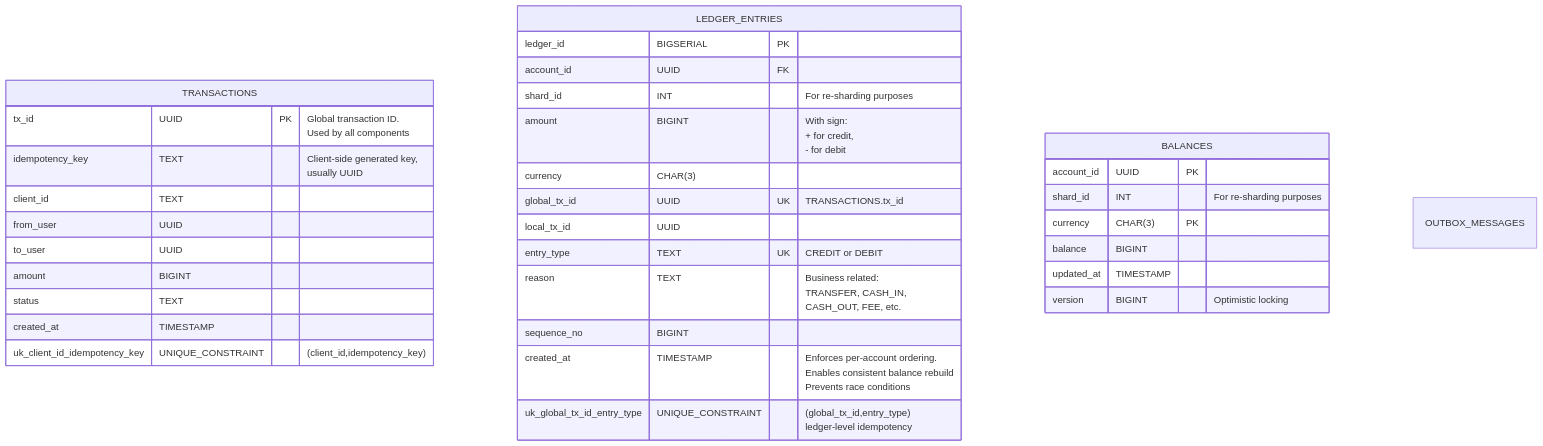
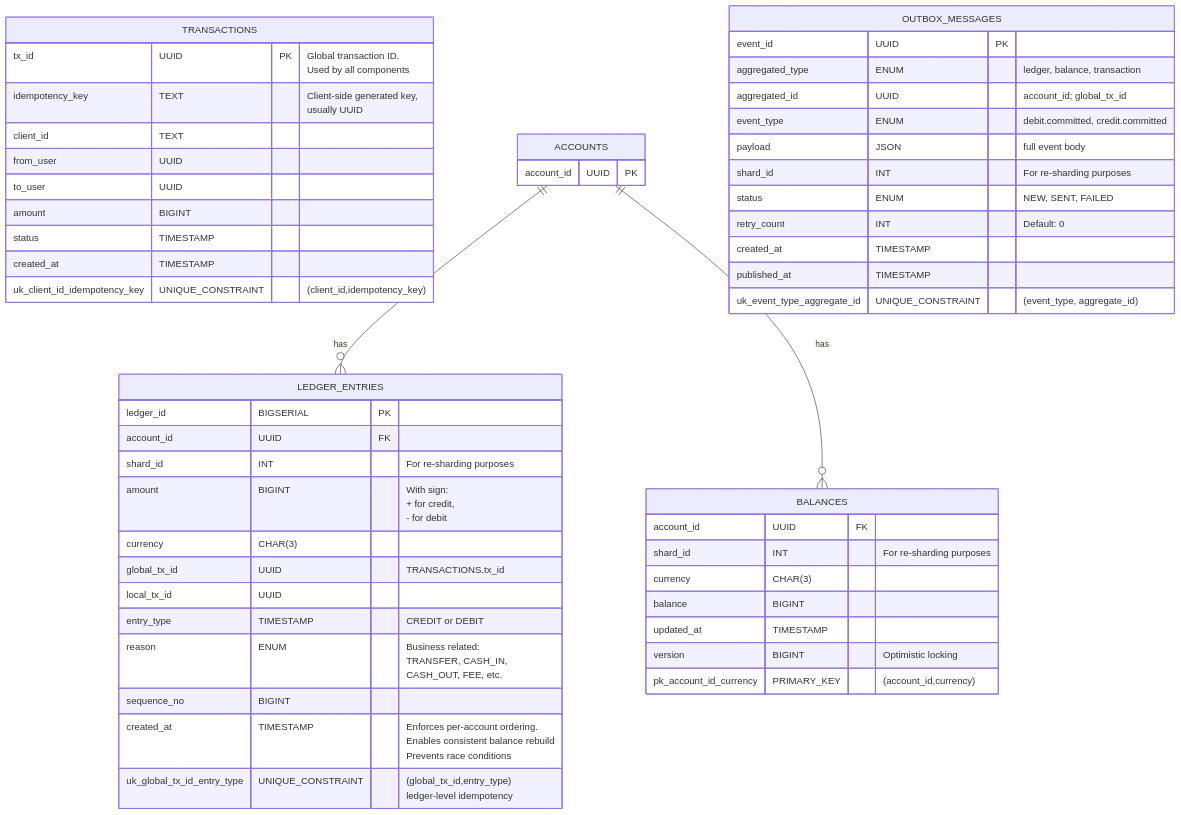
One commit to 0xRichardL/system-design-practice changed the diagram in diagrams/money-transfer/db-schemas.mmd. Above: the diagram before and after it, drawn with Mermaid. The commit also changed 1 other file, not shown here.

```diff
--- a/diagrams/money-transfer/db-schemas.mmd
+++ b/diagrams/money-transfer/db-schemas.mmd
@@ -1,56 +1,82 @@
 erDiagram
+
   TRANSACTIONS {
     tx_id UUID      PK    "Global transaction ID.
                           Used by all components"
     idempotency_key TEXT  "Client-side generated key,
                           usually UUID"
     client_id   TEXT
     from_user   UUID
     to_user     UUID
     amount      BIGINT
-    status      TEXT
+    status      TIMESTAMP
     created_at  TIMESTAMP
     %% Constraints:
     uk_client_id_idempotency_key UNIQUE_CONSTRAINT "(client_id,idempotency_key)"
+  }
+  
+  ACCOUNTS {
+    account_id  UUID  PK
   }
 
   LEDGER_ENTRIES {
     ledger_id BIGSERIAL PK
     %% identity
     account_id UUID     FK
     shard_id   INT          "For re-sharding purposes"
     %% money
     amount    BIGINT  "With sign:
                       + for credit,
                       - for debit"
     currency  CHAR(3)
     %% linkage
-    global_tx_id  UUID  UK "TRANSACTIONS.tx_id"
+    global_tx_id  UUID  "TRANSACTIONS.tx_id"
     local_tx_id   UUID
     %% classification
-    entry_type  TEXT  UK  "CREDIT or DEBIT"
-    reason      TEXT      "Business related:
+    entry_type  TIMESTAMP "CREDIT or DEBIT"
+    reason      ENUM      "Business related:
                           TRANSFER, CASH_IN,
                           CASH_OUT, FEE, etc."
     %% ordering & audit
     sequence_no BIGINT
     created_at  TIMESTAMP "Enforces per-account ordering.
                           Enables consistent balance rebuild
                           Prevents race conditions"
     %% Constraints:
     uk_global_tx_id_entry_type  UNIQUE_CONSTRAINT "(global_tx_id,entry_type)
                                                   ledger-level idempotency"
-  } 
+  }
 
   BALANCES {
-    account_id UUID      PK
+    account_id UUID      FK
     shard_id   INT          "For re-sharding purposes"
-    currency   CHAR(3)   PK
+    currency   CHAR(3)
     balance    BIGINT
     updated_at TIMESTAMP
     version    BIGINT       "Optimistic locking"
+    %% Constraints:
+    pk_account_id_currency PRIMARY_KEY  "(account_id,currency)"
   }
 
   OUTBOX_MESSAGES {
-    %% TODO: define schema
+    %% Identities:
+    event_id        UUID  PK
+    aggregated_type ENUM      "ledger, balance, transaction"
+    aggregated_id   UUID      "account_id; global_tx_id"
+    %% event data:
+    event_type  ENUM  "debit.committed, credit.committed"
+    payload     JSON  "full event body"
+
+    shard_id    INT       "For re-sharding purposes"
+
+    status      ENUM  "NEW, SENT, FAILED"
+    retry_count INT   "Default: 0"
+
+    created_at    TIMESTAMP
+    published_at  TIMESTAMP
+    %% Constraints:
+    uk_event_type_aggregate_id UNIQUE_CONSTRAINT "(event_type, aggregate_id)"
   }
+
+  ACCOUNTS ||--o{ LEDGER_ENTRIES : "has"
+  ACCOUNTS ||--o{ BALANCES : "has"
```
